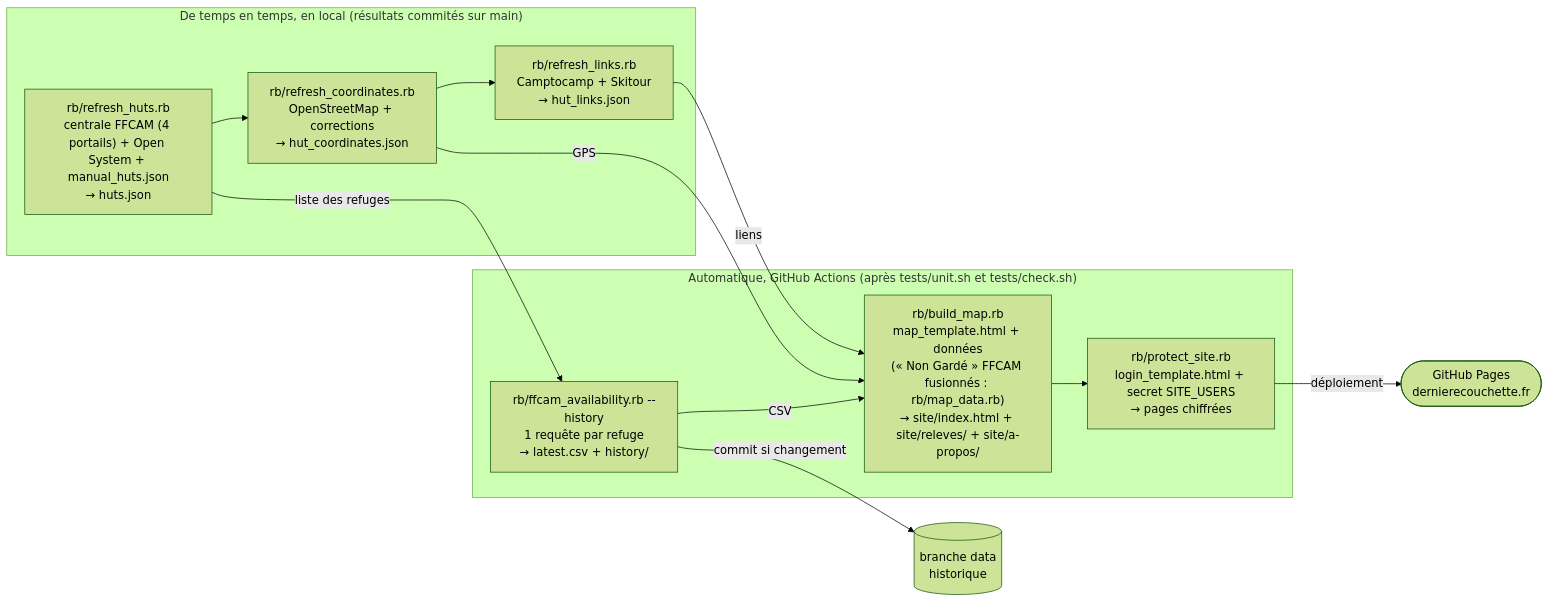
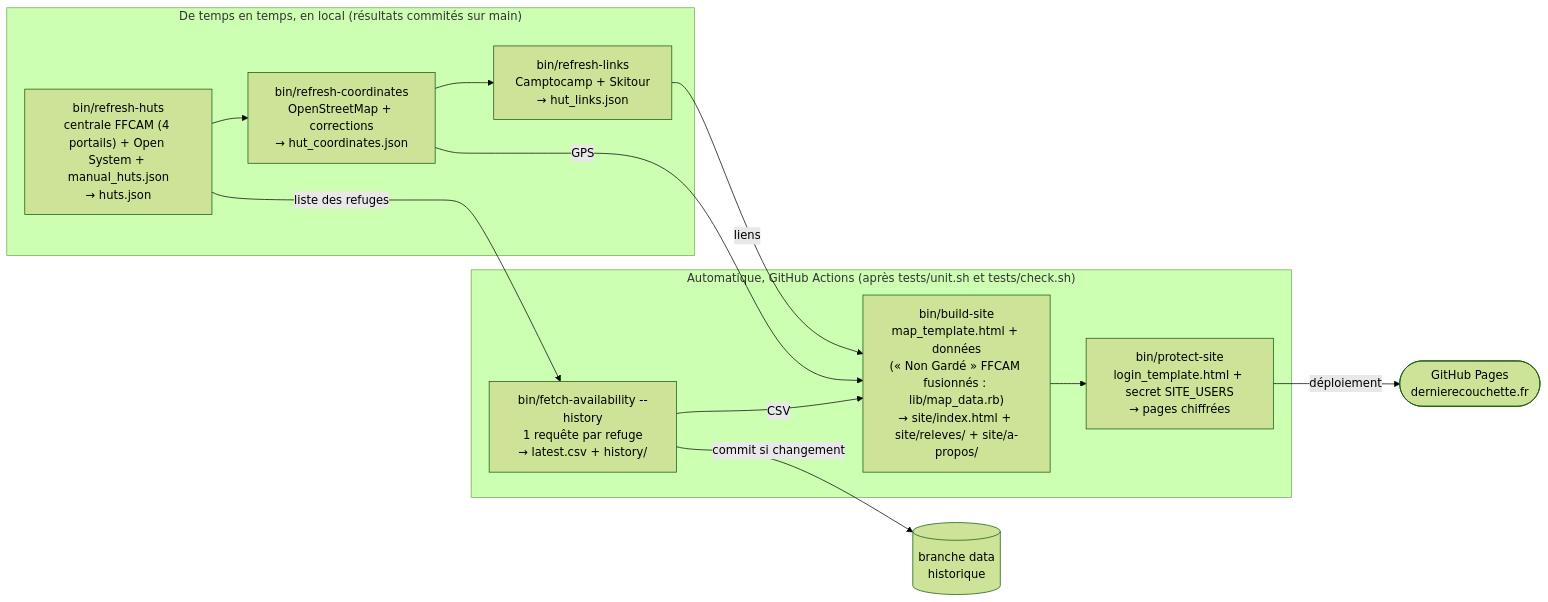
The diagram in HANDOVER.md (jor-di/ffcam-huts), drawn with Mermaid (forest theme) before and after one commit. The commit also changed other lines of this file and 63 other files, not shown here.

First line of the commit message:
bin/ + lib/ : scripts et modules séparés, noms selon leur rôle

````diff
--- a/HANDOVER.md
+++ b/HANDOVER.md
@@ -31,20 +31,20 @@
 ```mermaid
 flowchart LR
   subgraph local["De temps en temps, en local (résultats commités sur main)"]
-    huts["rb/refresh_huts.rb<br/>centrale FFCAM (4 portails) + Open System + manual_huts.json<br/>→ huts.json"]
-    coords["rb/refresh_coordinates.rb<br/>OpenStreetMap + corrections<br/>→ hut_coordinates.json"]
-    links["rb/refresh_links.rb<br/>Camptocamp + Skitour<br/>→ hut_links.json"]
+    huts["bin/refresh-huts<br/>centrale FFCAM (4 portails) + Open System + manual_huts.json<br/>→ huts.json"]
+    coords["bin/refresh-coordinates<br/>OpenStreetMap + corrections<br/>→ hut_coordinates.json"]
+    links["bin/refresh-links<br/>Camptocamp + Skitour<br/>→ hut_links.json"]
     huts --> coords --> links
   end
   subgraph auto["Automatique, GitHub Actions (après tests/unit.sh et tests/check.sh)"]
-    avail["rb/ffcam_availability.rb --history<br/>1 requête par refuge<br/>→ latest.csv + history/"]
-    build["rb/build_map.rb<br/>map_template.html + données<br/>(« Non Gardé » FFCAM fusionnés : rb/map_data.rb)<br/>→ site/index.html + site/releves/ + site/a-propos/"]
-    protect["rb/protect_site.rb<br/>login_template.html + secret SITE_USERS<br/>→ pages chiffrées"]
+    avail["bin/fetch-availability --history<br/>1 requête par refuge<br/>→ latest.csv + history/"]
+    build["bin/build-site<br/>map_template.html + données<br/>(« Non Gardé » FFCAM fusionnés : lib/map_data.rb)<br/>→ site/index.html + site/releves/ + site/a-propos/"]
+    protect["bin/protect-site<br/>login_template.html + secret SITE_USERS<br/>→ pages chiffrées"]
     avail -- CSV --> build --> protect
   end
   huts -- liste des refuges --> avail
   coords -- GPS --> build
   links -- liens --> build
   avail -- commit si changement --> data[("branche data<br/>historique")]
   protect -- déploiement --> pages(["GitHub Pages<br/>dernierecouchette.fr"])
 ```
````
